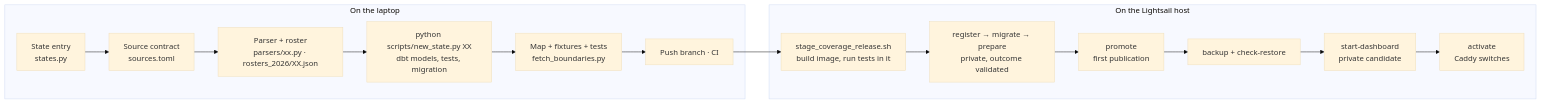
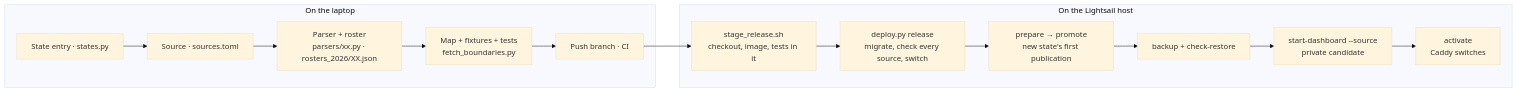
One commit to Naman4561/us-election-results-pipeline changed the second of 5 diagrams in docs/architecture/operations.md. Above: the diagram before and after it, drawn with Mermaid (base theme). The commit also changed other lines of this file and 11 other files, not shown here.

First line of the commit message:
refactor: remove dead code, update README and architecture docs

````diff
--- a/docs/architecture/operations.md
+++ b/docs/architecture/operations.md
@@ -34,20 +31,19 @@
 ```mermaid
 flowchart LR
     subgraph dev["On the laptop"]
-        A["State entry<br/>states.py"] --> B["Source contract<br/>sources.toml"]
+        A["State entry · states.py"] --> B["Source · sources.toml"]
         B --> C["Parser + roster<br/>parsers/xx.py · rosters_2026/XX.json"]
-        C --> D["python scripts/new_state.py XX<br/>dbt models, tests, migration"]
-        D --> E["Map + fixtures + tests<br/>fetch_boundaries.py"]
+        C --> E["Map + fixtures + tests<br/>fetch_boundaries.py"]
         E --> F["Push branch · CI"]
     end
     subgraph host["On the Lightsail host"]
-        G["stage_coverage_release.sh<br/>build image, run tests in it"]
-        H["register → migrate → prepare<br/>private, outcome validated"]
-        I["promote<br/>first publication"]
+        G["stage_release.sh<br/>checkout, image, tests in it"]
+        H["deploy.py release<br/>migrate, check every source, switch"]
+        I["prepare → promote<br/>new state's first publication"]
         J["backup + check-restore"]
-        K["start-dashboard<br/>private candidate"]
+        K["start-dashboard --source<br/>private candidate"]
         L["activate<br/>Caddy switches"]
         G --> H --> I --> J --> K --> L
     end
     F --> G
 ```
````
